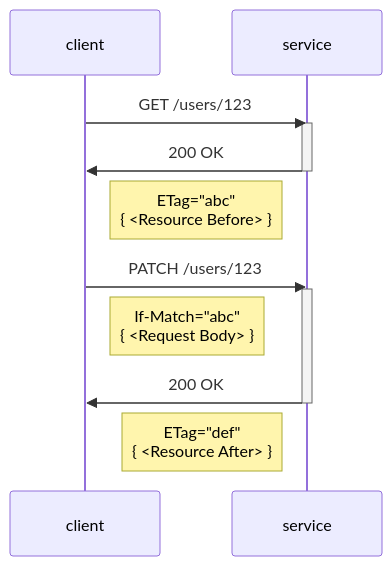
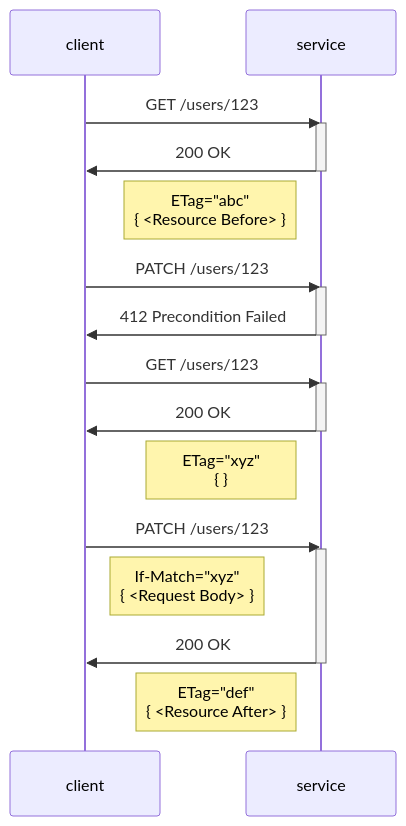
The sixth of 7 diagrams in patch-models/samples.md (annelo-msft/gists), drawn with Mermaid before and after one commit. The commit also changed other lines of this file, not shown here.

Commit message:
update ETag HTTP ex

````diff
--- a/patch-models/samples.md
+++ b/patch-models/samples.md
@@ -795,14 +796,23 @@
 ```mermaid
 sequenceDiagram
     client->>service: GET /users/123
     activate service
     service->>client: 200 OK
     deactivate service
     Note left of service: ETag="abc"<br>{ <Resource Before> }
     client->>service: PATCH /users/123
     activate service
-    Note right of client: If-Match="abc"<br>{ <Request Body> }
+    service->>client: 412 Precondition Failed
+    deactivate service
+    client->>service: GET /users/123
+    activate service
+    service->>client: 200 OK
+    deactivate service
+    Note left of service: ETag="xyz"<br>{  }
+    client->>service: PATCH /users/123
+    activate service
+    Note right of client: If-Match="xyz"<br>{ <Request Body> }
     service->>client: 200 OK
     deactivate service
     Note left of service: ETag="def"<br>{ <Resource After> }
 ```
````
